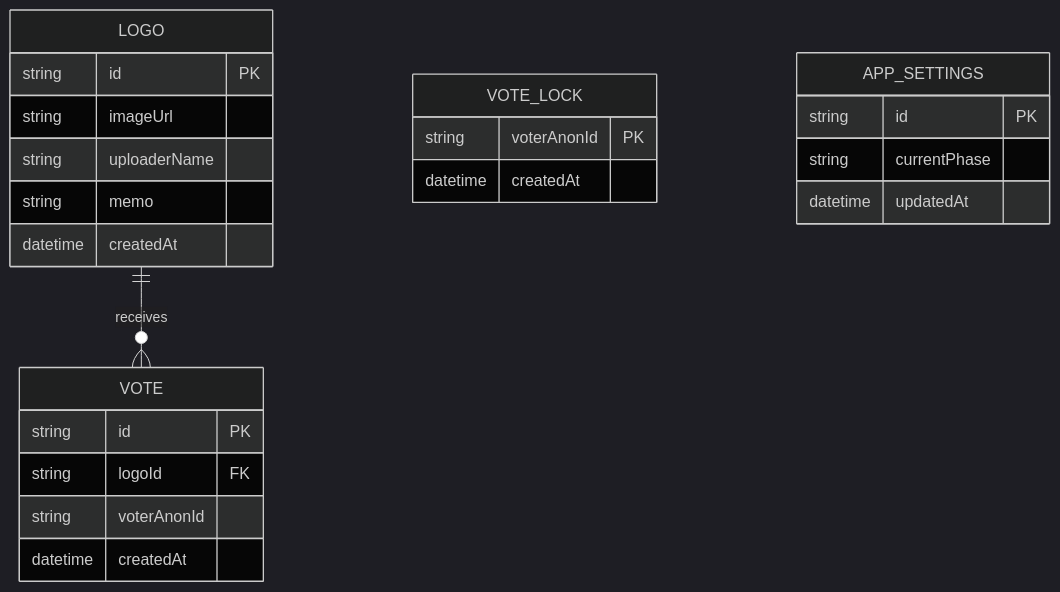
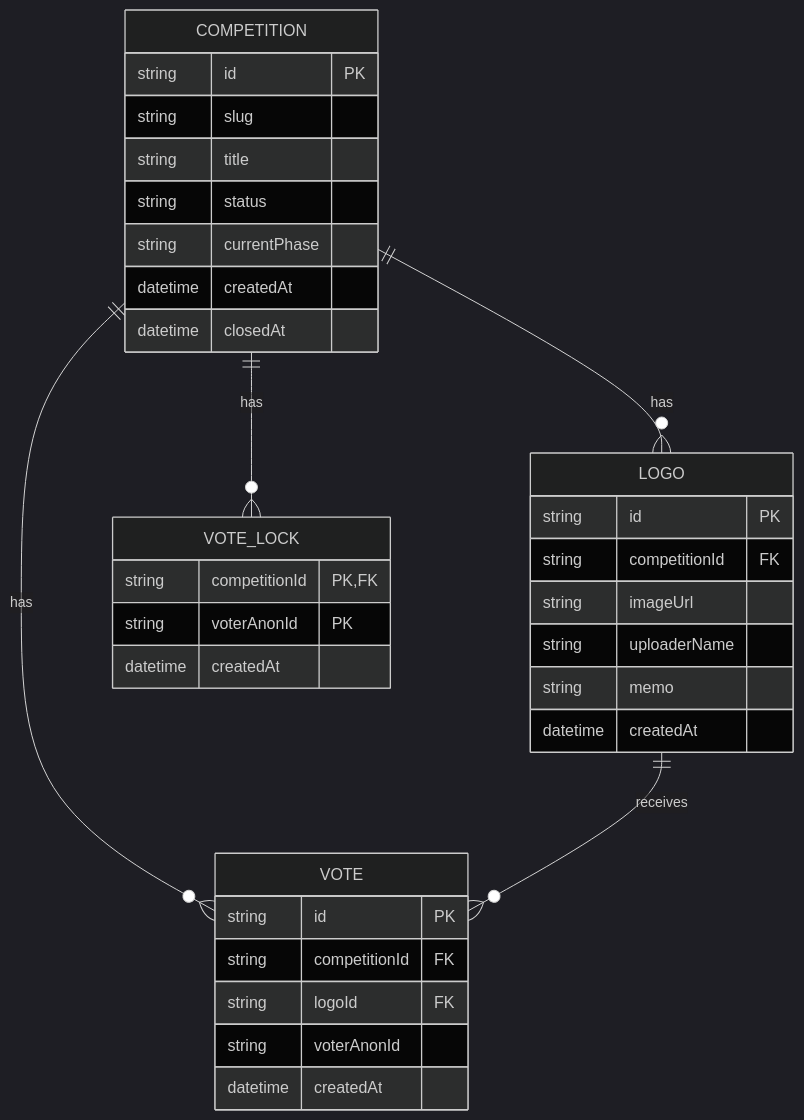
One commit to lewisia02/SwipeMatch changed the second of 10 diagrams in docs/functional-design.md. Above: the diagram before and after it, drawn with Mermaid (dark theme). The commit also changed other lines of this file and 8 other files, not shown here.

````diff
--- a/docs/functional-design.md
+++ b/docs/functional-design.md
@@ -103,26 +113,36 @@
 ```mermaid
 erDiagram
+    COMPETITION ||--o{ LOGO : has
+    COMPETITION ||--o{ VOTE : has
+    COMPETITION ||--o{ VOTE_LOCK : has
     LOGO ||--o{ VOTE : receives
+    COMPETITION {
+        string id PK
+        string slug
+        string title
+        string status
+        string currentPhase
+        datetime createdAt
+        datetime closedAt
+    }
     LOGO {
         string id PK
+        string competitionId FK
         string imageUrl
         string uploaderName
         string memo
         datetime createdAt
     }
     VOTE {
         string id PK
+        string competitionId FK
         string logoId FK
         string voterAnonId
         datetime createdAt
     }
     VOTE_LOCK {
+        string competitionId PK, FK
         string voterAnonId PK
         datetime createdAt
     }
-    APP_SETTINGS {
-        string id PK
-        string currentPhase
-        datetime updatedAt
-    }
 ```
````
